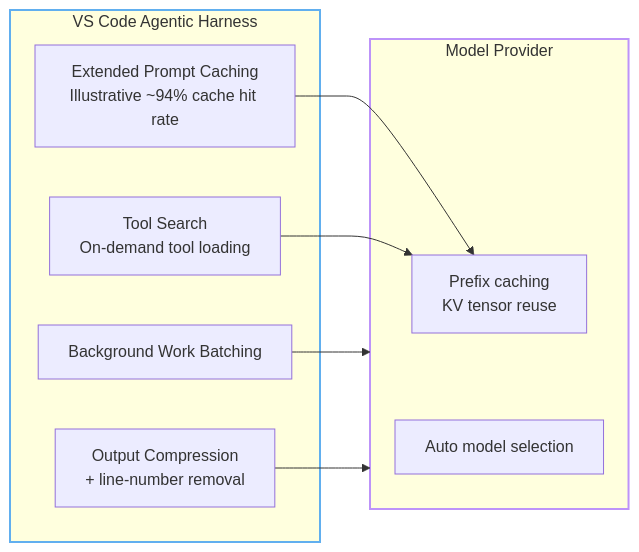
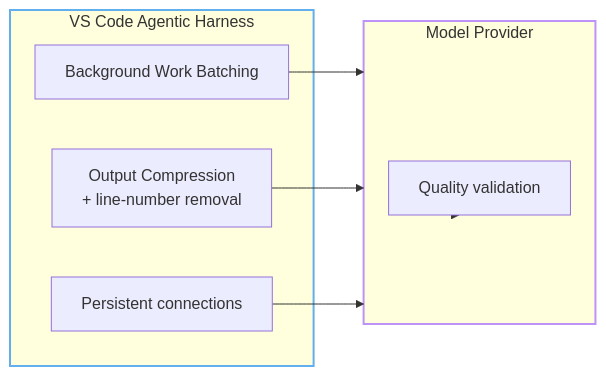
Before and after one commit to dandahprecio/vibe-on-budget: the first of 3 diagrams in token-economy-course/src/content/docs/en/09-under-the-hood.mdx, drawn with Mermaid. The commit also changed other lines of this file and 23 other files, not shown here.

````diff
--- a/token-economy-course/src/content/docs/en/09-under-the-hood.mdx
+++ b/token-economy-course/src/content/docs/en/09-under-the-hood.mdx
@@ -22,22 +28,20 @@
 ```mermaid
 flowchart LR
     subgraph Harness["VS Code Agentic Harness"]
-        Caching[Extended Prompt Caching<br/>Illustrative ~94% cache hit rate]
-        ToolSearch[Tool Search<br/>On-demand tool loading]
         Batching[Background Work Batching]
         Output[Output Compression<br/>+ line-number removal]
+        Transport[Persistent connections]
     end
     
     subgraph Provider["Model Provider"]
-        Prefix[Prefix caching<br/>KV tensor reuse]
-        Auto[Auto model selection]
+        Reliability[Quality validation]
     end
     
-    Caching --> Prefix
-    ToolSearch --> Prefix
     Batching --> Provider
     Output --> Provider
+    Transport --> Provider
+    Reliability --> Provider
     
     style Harness stroke:#61afef,stroke-width:2px
     style Provider stroke:#bd93f9,stroke-width:2px
 ```
````
